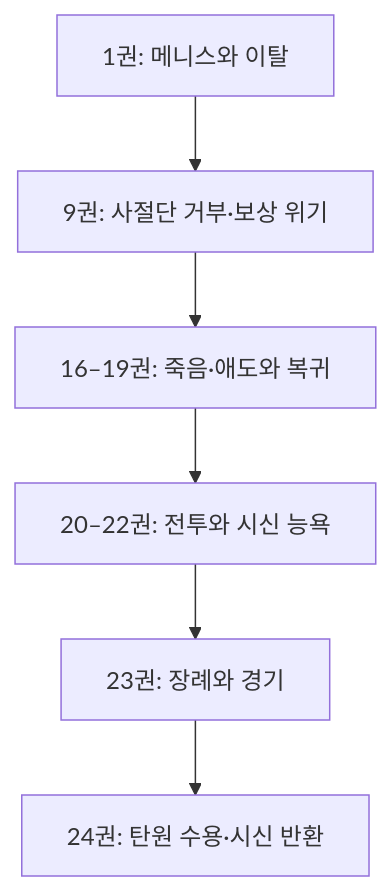
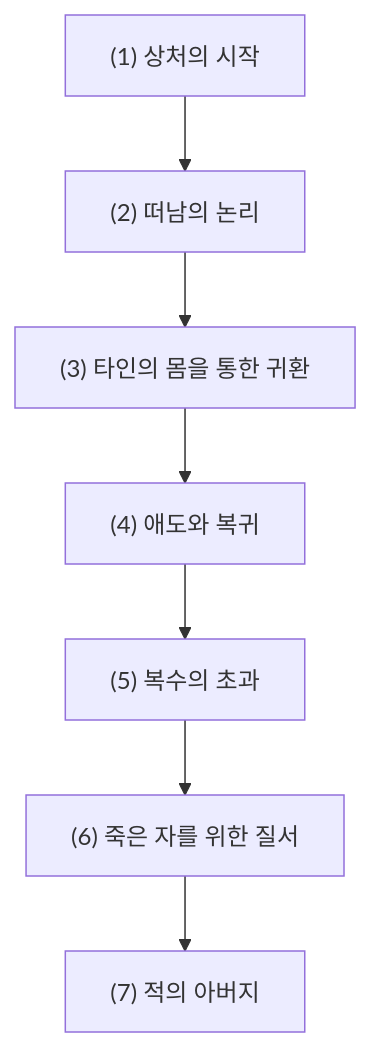
Before and after one commit to YgHnSIM/Homer_wiki: the first of 2 diagrams in wiki/entities/entity-achilles.md, drawn with Mermaid. The commit also changed other lines of this file and 5 other files, not shown here.

````diff
--- a/wiki/entities/entity-achilles.md
+++ b/wiki/entities/entity-achilles.md
@@ -54,8 +63,9 @@
 ```mermaid
 flowchart TD
-    A["1권: 메니스와 이탈"] --> B["9권: 사절단 거부·보상 위기"]
-    B --> C["16–19권: 죽음·애도와 복귀"]
-    C --> D["20–22권: 전투와 시신 능욕"]
-    D --> E["23권: 장례와 경기"]
-    E --> F["24권: 탄원 수용·시신 반환"]
+    A["(1) 상처의 시작"] --> B["(2) 떠남의 논리"]
+    B --> C["(3) 타인의 몸을 통한 귀환"]
+    C --> D["(4) 애도와 복귀"]
+    D --> E["(5) 복수의 초과"]
+    E --> F["(6) 죽은 자를 위한 질서"]
+    F --> G["(7) 적의 아버지"]
 ```
````
